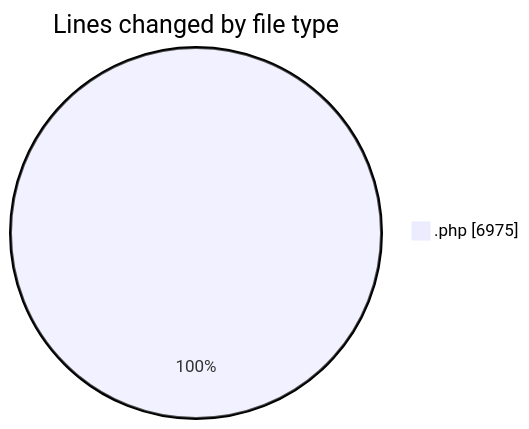
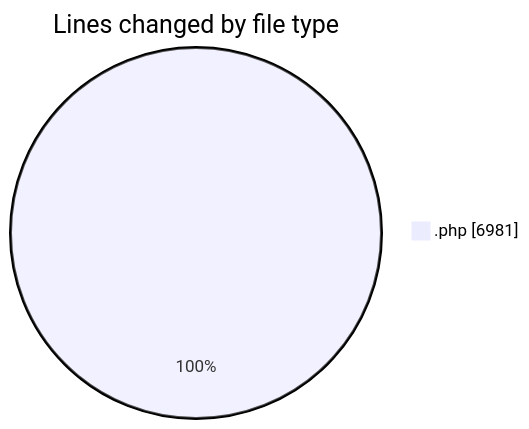
The first of 2 diagrams in 2025-04-17/zeytoon/README.md (vahidmafi/code-tracking), drawn with Mermaid before and after one commit. The commit also changed other lines of this file and 1 other file, not shown here.

````diff
--- a/2025-04-17/zeytoon/README.md
+++ b/2025-04-17/zeytoon/README.md
@@ -25,5 +25,5 @@
 ```mermaid
 pie showData
 title Lines changed by file type
-".php" : 6975
+".php" : 6981
 ```
````
